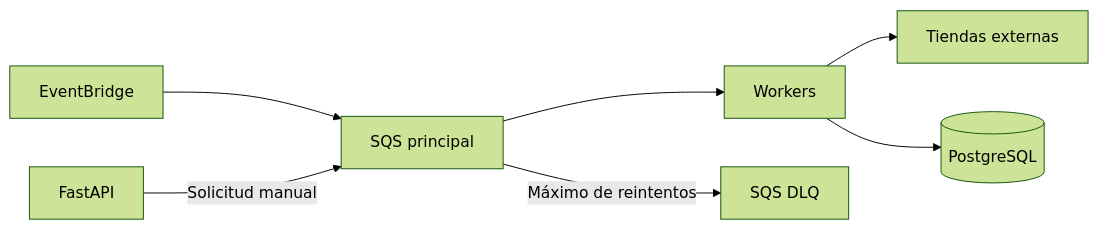
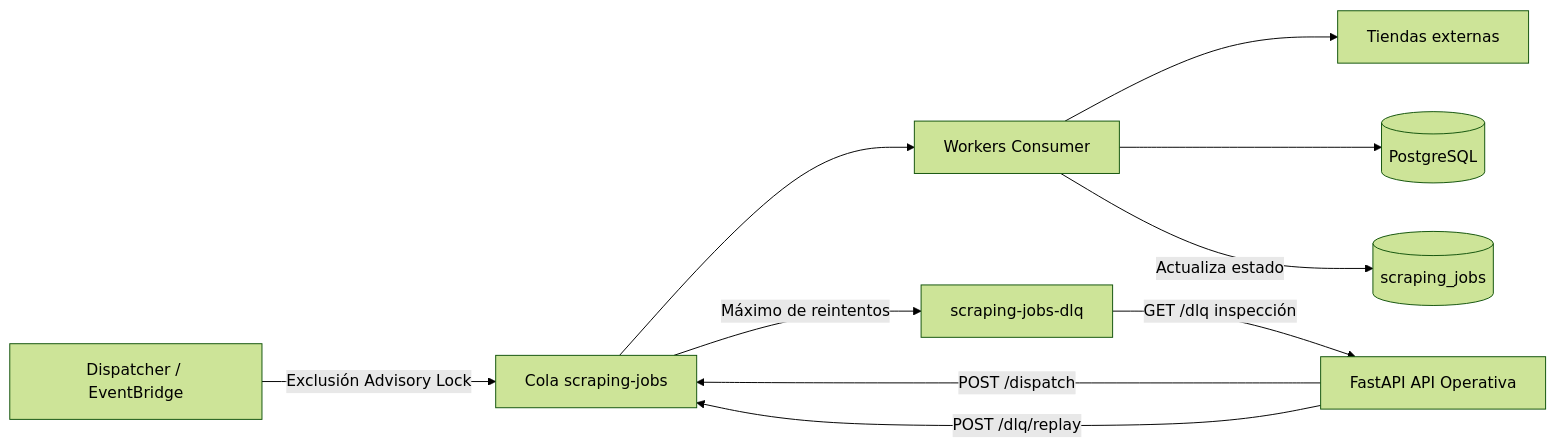
The second of 2 diagrams in docs/ARCHITECTURE.md (RonaldoMarquina/price-tracker-platform), drawn with Mermaid (forest theme) before and after one commit. The commit also changed other lines of this file and 4 other files, not shown here.

Commit message:
docs: complete Increment 7 closure and security architecture

````diff
--- a/docs/ARCHITECTURE.md
+++ b/docs/ARCHITECTURE.md
@@ -36,9 +37,12 @@
 ```mermaid
 flowchart LR
-    E[EventBridge] --> Q[SQS principal]
-    A[FastAPI] -->|Solicitud manual| Q
-    Q --> W[Workers]
+    E[Dispatcher / EventBridge] -->|Exclusión Advisory Lock| Q[Cola scraping-jobs]
+    A[FastAPI API Operativa] -->|POST /dispatch| Q
+    A -->|POST /dlq/replay| Q
+    Q --> W[Workers Consumer]
     W --> T[Tiendas externas]
     W --> D[(PostgreSQL)]
-    Q -->|Máximo de reintentos| X[SQS DLQ]
+    W -->|Actualiza estado| J[(scraping_jobs)]
+    Q -->|Máximo de reintentos| X[scraping-jobs-dlq]
+    X -->|GET /dlq inspección| A
 ```
````
